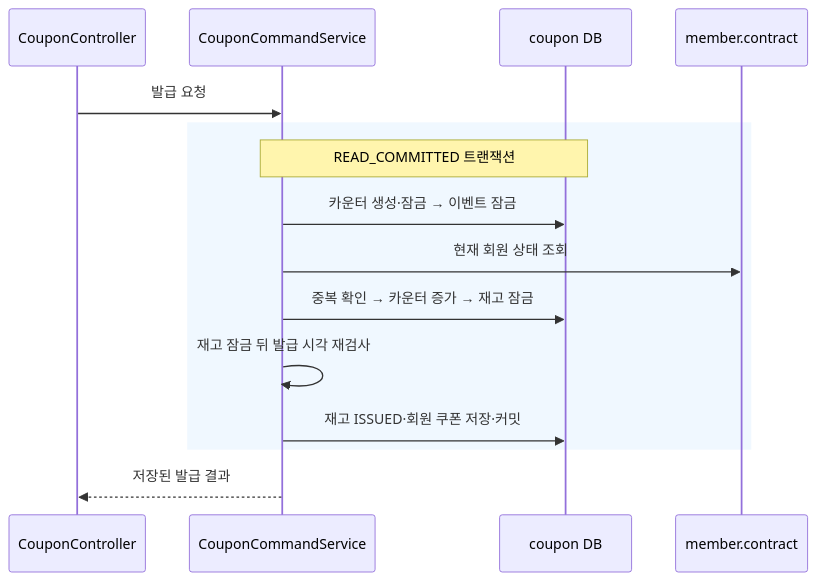
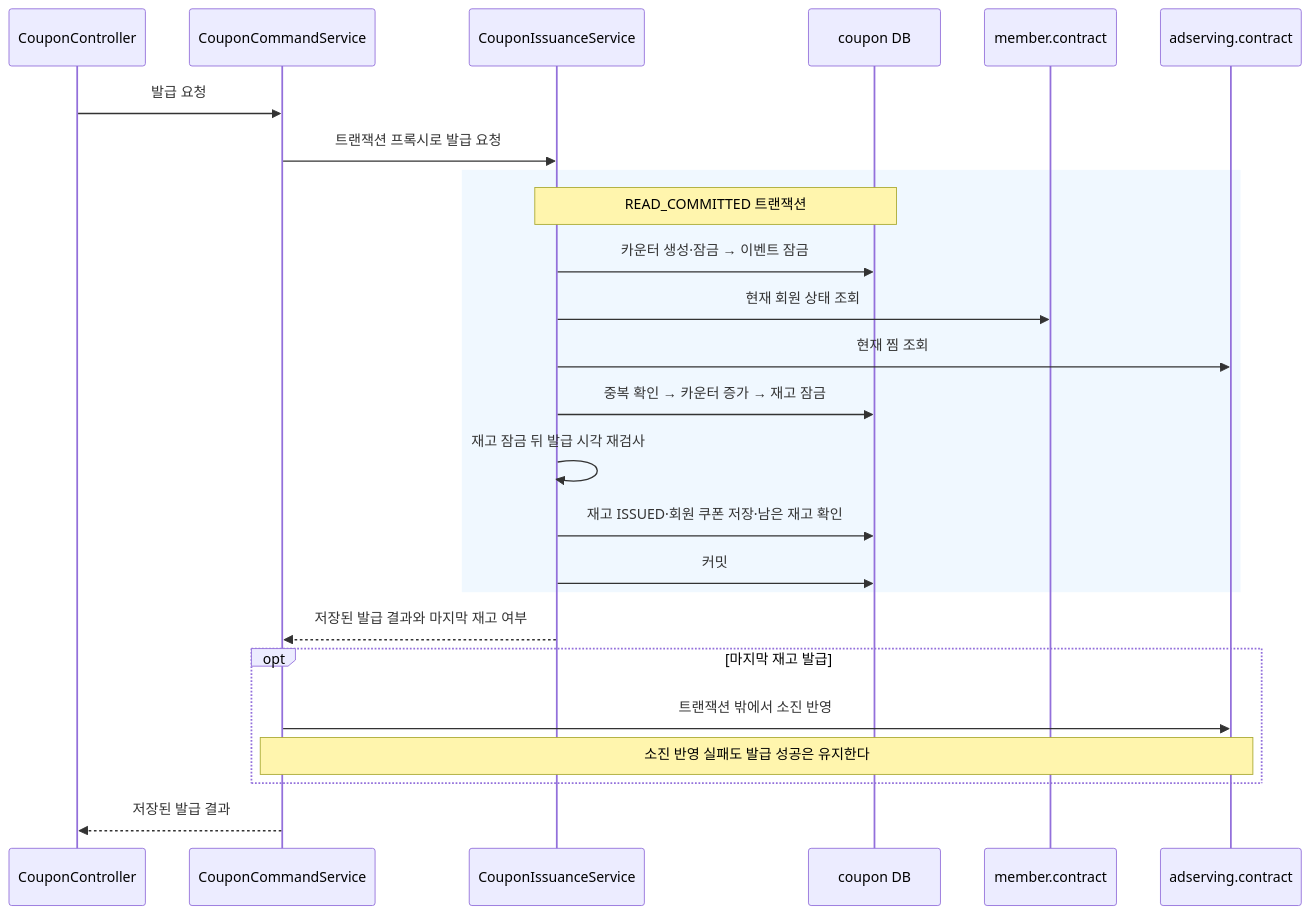
Before and after one commit to lunch-catch/lc-backend: the fifth of 6 diagrams in docs/design/coupon/coupon_구조와_동작_설계.md, drawn with Mermaid. The commit also changed other lines of this file and 3 other files, not shown here.

````diff
--- a/docs/design/coupon/coupon_구조와_동작_설계.md
+++ b/docs/design/coupon/coupon_구조와_동작_설계.md
@@ -232,17 +241,27 @@
 ```mermaid
 sequenceDiagram
     participant C as CouponController
     participant S as CouponCommandService
+    participant I as CouponIssuanceService
     participant D as coupon DB
     participant M as member.contract
+    participant A as adserving.contract
     C->>S: 발급 요청
+    S->>I: 트랜잭션 프록시로 발급 요청
     rect rgb(240, 248, 255)
-        Note over S,D: READ_COMMITTED 트랜잭션
-        S->>D: 카운터 생성·잠금 → 이벤트 잠금
-        S->>M: 현재 회원 상태 조회
-        S->>D: 중복 확인 → 카운터 증가 → 재고 잠금
-        S->>S: 재고 잠금 뒤 발급 시각 재검사
-        S->>D: 재고 ISSUED·회원 쿠폰 저장·커밋
+        Note over I,D: READ_COMMITTED 트랜잭션
+        I->>D: 카운터 생성·잠금 → 이벤트 잠금
+        I->>M: 현재 회원 상태 조회
+        I->>A: 현재 찜 조회
+        I->>D: 중복 확인 → 카운터 증가 → 재고 잠금
+        I->>I: 재고 잠금 뒤 발급 시각 재검사
+        I->>D: 재고 ISSUED·회원 쿠폰 저장·남은 재고 확인
+        I->>D: 커밋
+    end
+    I-->>S: 저장된 발급 결과와 마지막 재고 여부
+    opt 마지막 재고 발급
+        S->>A: 트랜잭션 밖에서 소진 반영
+        Note over S,A: 소진 반영 실패도 발급 성공은 유지한다
     end
     S-->>C: 저장된 발급 결과
 ```
````
